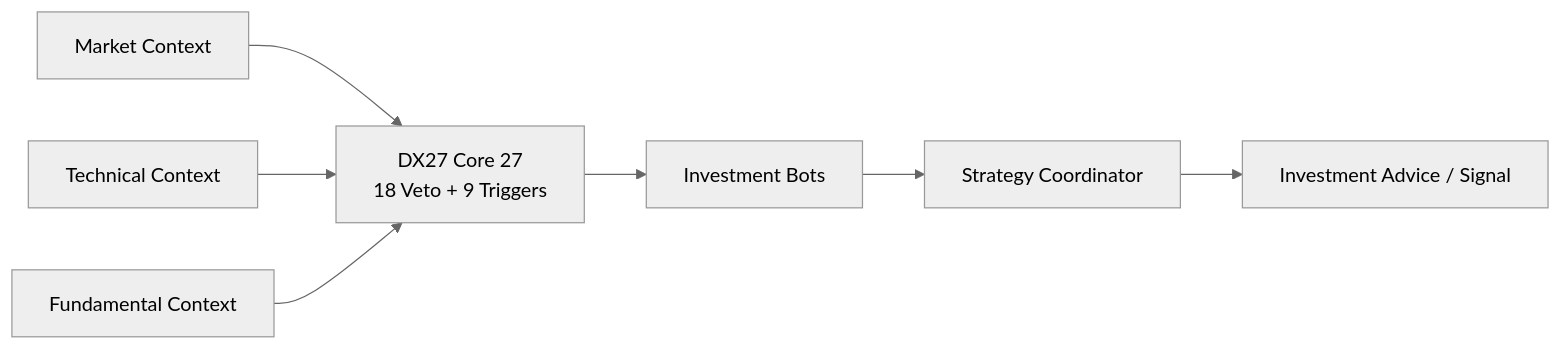
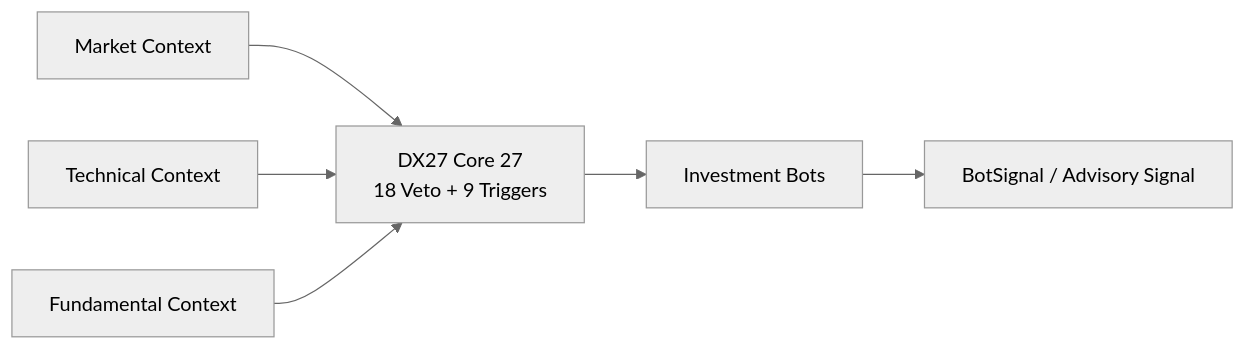
The fourth of 12 diagrams in docs/architecture/system-overview.md (Daxoniel/DX27-Trading-Engine), drawn with Mermaid (neutral theme) before and after one commit. The commit also changed other lines of this file and 7 other files, not shown here.

````diff
--- a/docs/architecture/system-overview.md
+++ b/docs/architecture/system-overview.md
@@ -208,23 +227,20 @@
 ```mermaid
 flowchart LR
 
     Market["Market Context"]
     Technical["Technical Context"]
     Fundamental["Fundamental Context"]
 
     Core27["DX27 Core 27<br/>18 Veto + 9 Triggers"]
 
     Bots["Investment Bots"]
 
-    Coordinator["Strategy Coordinator"]
-
-    Output["Investment Advice / Signal"]
+    Signal["BotSignal / Advisory Signal"]
 
     Market --> Core27
     Technical --> Core27
     Fundamental --> Core27
 
     Core27 --> Bots
-    Bots --> Coordinator
-    Coordinator --> Output
+    Bots --> Signal
 ```
````
